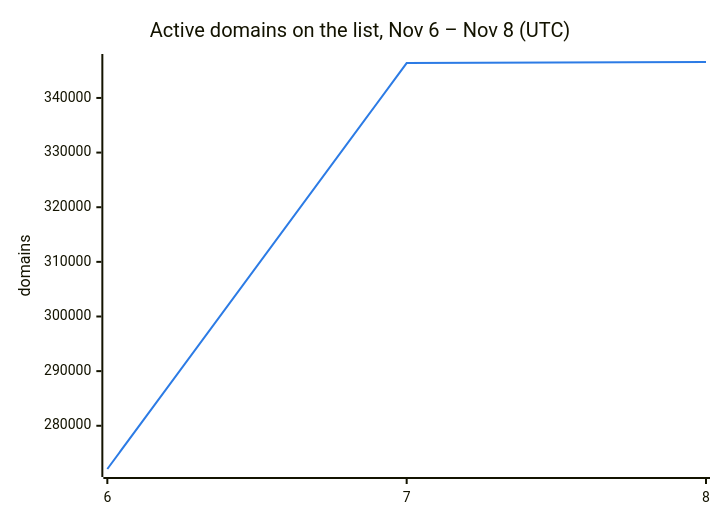
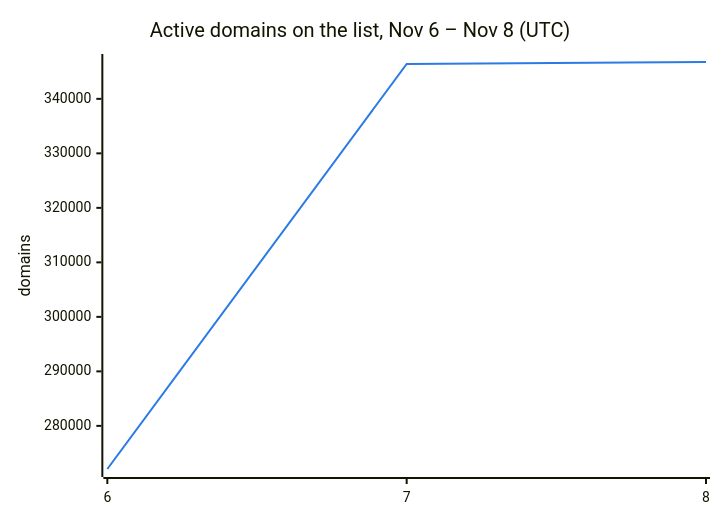
The second of 3 diagrams in README.md (DNSBunker/CTI), drawn with Mermaid before and after one commit. The commit also changed other lines of this file and 3 other files, not shown here.

````diff
--- a/README.md
+++ b/README.md
@@ -38,8 +38,8 @@
 ```mermaid
 %%{init: {"themeVariables": {"xyChart": {"plotColorPalette": "#2c7be5"}}}}%%
 xychart-beta
     title "Active domains on the list, Nov 6 – Nov 8 (UTC)"
     x-axis ["6", "7", "8"]
     y-axis "domains"
-    line [272088, 346388, 346579]
+    line [272088, 346388, 346760]
 ```
````
